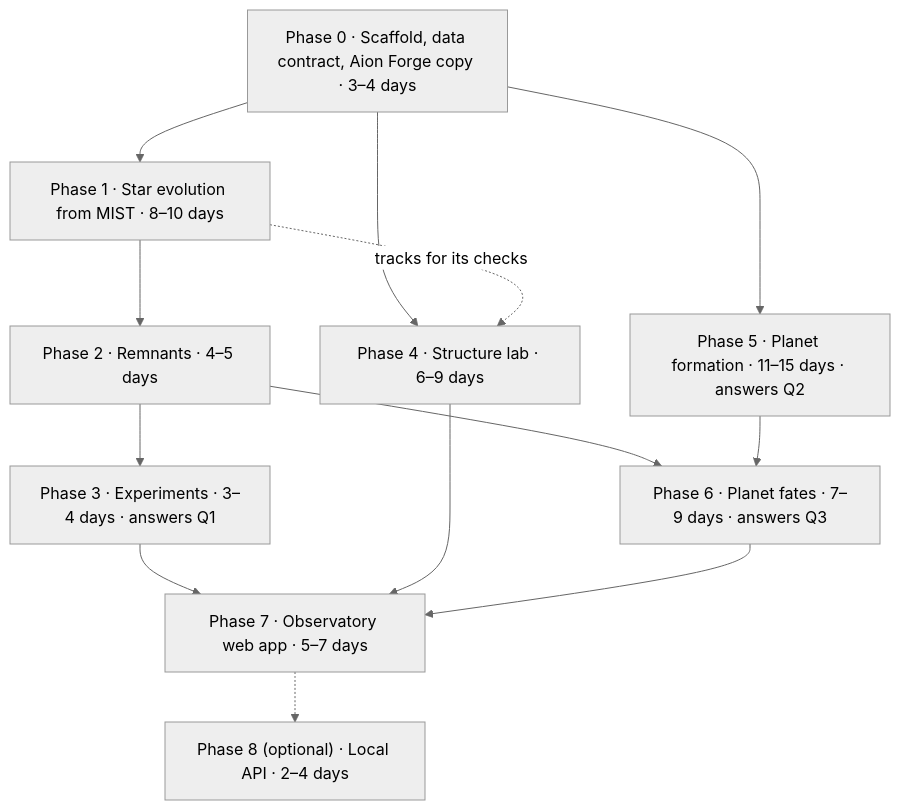
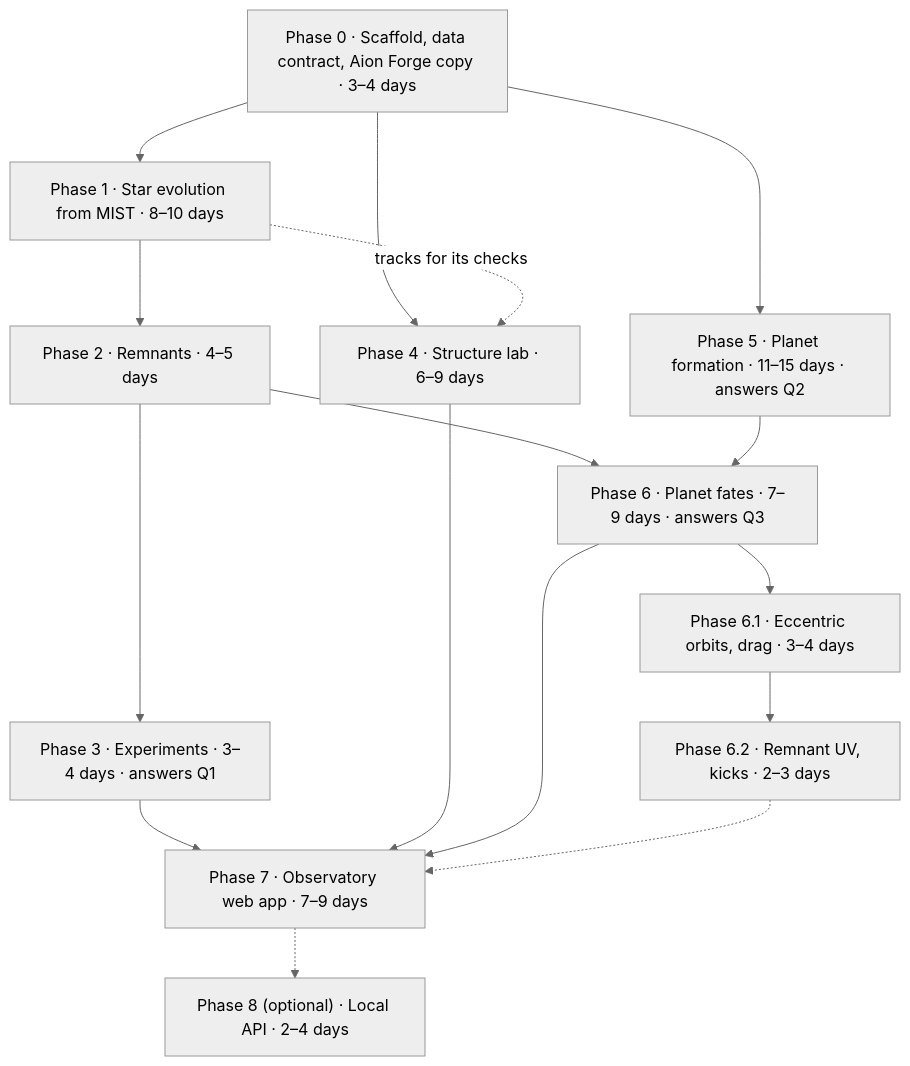
Before and after one commit to IronMax-Hub/Stellar-Forge: the first of 2 diagrams in documentation/Stellar-Forge Build Plan.md, drawn with Mermaid (neutral theme). The commit also changed other lines of this file and 22 other files, not shown here.

````diff
--- a/documentation/Stellar-Forge Build Plan.md
+++ b/documentation/Stellar-Forge Build Plan.md
@@ -46,22 +63,26 @@
 ```mermaid
 flowchart TD
     P0["Phase 0 · Scaffold, data contract, Aion Forge copy · 3–4 days"]
     P1["Phase 1 · Star evolution from MIST · 8–10 days"]
     P2["Phase 2 · Remnants · 4–5 days"]
     P3["Phase 3 · Experiments · 3–4 days · answers Q1"]
     P4["Phase 4 · Structure lab · 6–9 days"]
     P5["Phase 5 · Planet formation · 11–15 days · answers Q2"]
     P6["Phase 6 · Planet fates · 7–9 days · answers Q3"]
-    P7["Phase 7 · Observatory web app · 5–7 days"]
+    P61["Phase 6.1 · Eccentric orbits, drag · 3–4 days"]
+    P62["Phase 6.2 · Remnant UV, kicks · 2–3 days"]
+    P7["Phase 7 · Observatory web app · 7–9 days"]
     P8["Phase 8 (optional) · Local API · 2–4 days"]
     P0 --> P1 --> P2 --> P3
     P0 --> P5
     P0 --> P4
     P1 -.->|tracks for its checks| P4
     P2 --> P6
     P5 --> P6
     P3 --> P7
     P4 --> P7
+    P6 --> P61 --> P62
     P6 --> P7
+    P62 -.-> P7
     P7 -.-> P8
 ```
````
